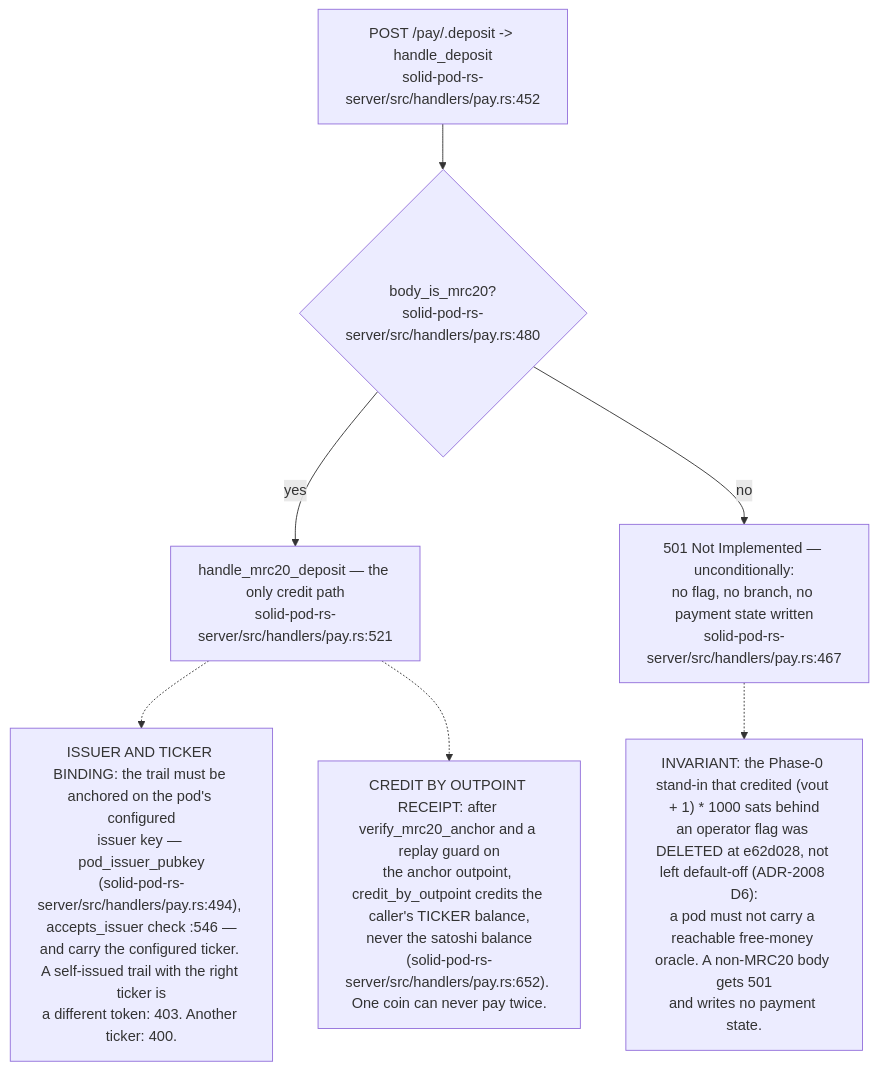
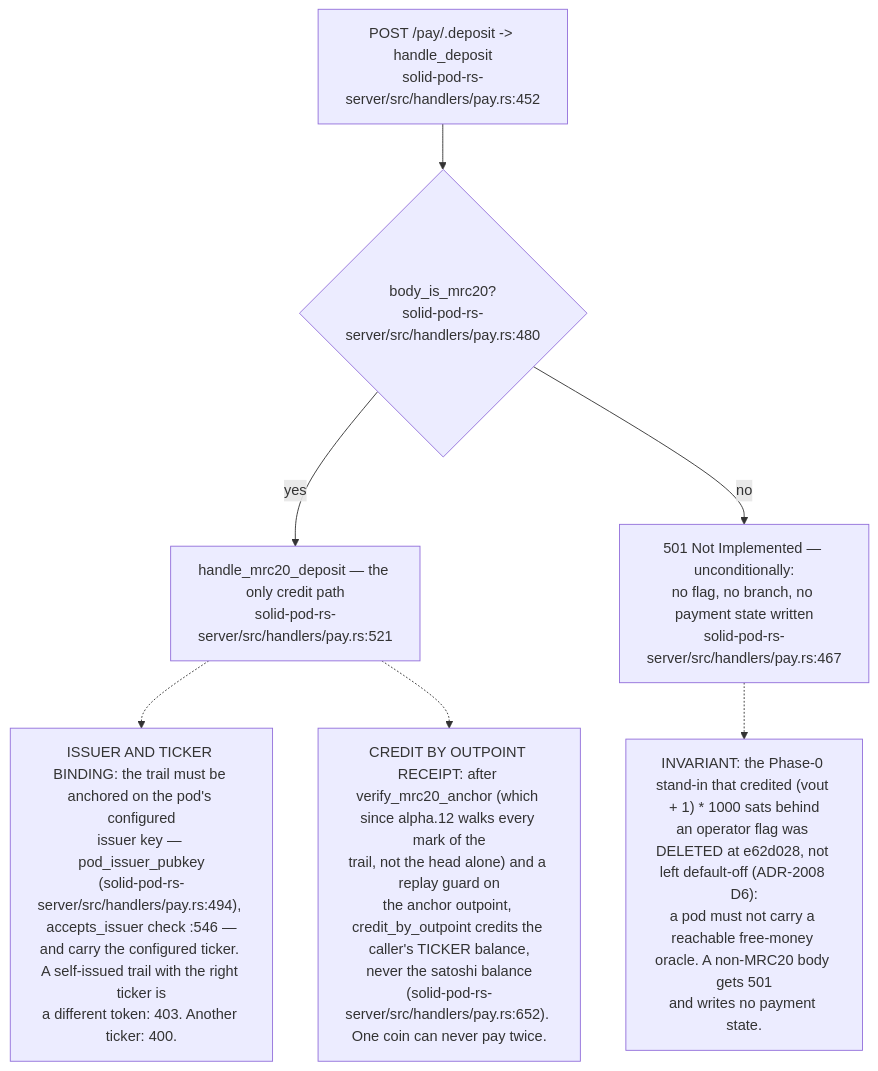
Before and after one commit to DreamLab-AI/VisionFlow: diagram 16 of 19 in docs/diagrams/solid-pod-rs/07-provenance-and-payments.md, drawn with Mermaid. The commit also changed other lines of this file and 26 other files, not shown here.

First line of the commit message:
docs(diagrams): re-verify solid-pod-rs, nostr-rust-forum and visionclaw 22/36 against HEAD

````diff
--- a/docs/diagrams/solid-pod-rs/07-provenance-and-payments.md
+++ b/docs/diagrams/solid-pod-rs/07-provenance-and-payments.md
@@ -479,18 +503,18 @@
 ```mermaid
 flowchart TD
     IN["POST /pay/.deposit -> handle_deposit<br/>solid-pod-rs-server/src/handlers/pay.rs:452"]
     SNIFF{"body_is_mrc20?<br/>solid-pod-rs-server/src/handlers/pay.rs:480"}
     MRC["handle_mrc20_deposit — the only credit path<br/>solid-pod-rs-server/src/handlers/pay.rs:521"]
     R501["501 Not Implemented — unconditionally:<br/>no flag, no branch, no payment state written<br/>solid-pod-rs-server/src/handlers/pay.rs:467"]
 
     IN --> SNIFF
     SNIFF -- yes --> MRC
     SNIFF -- no --> R501
 
     N["INVARIANT: the Phase-0 stand-in that credited (vout + 1) * 1000 sats behind<br/>an operator flag was DELETED at e62d028, not left default-off (ADR-2008 D6):<br/>a pod must not carry a reachable free-money oracle. A non-MRC20 body gets 501<br/>and writes no payment state."]
     R501 -.-> N
     N2["ISSUER AND TICKER BINDING: the trail must be anchored on the pod's configured<br/>issuer key — pod_issuer_pubkey<br/>(solid-pod-rs-server/src/handlers/pay.rs:494), accepts_issuer check :546 —<br/>and carry the configured ticker. A self-issued trail with the right ticker is<br/>a different token: 403. Another ticker: 400."]
     MRC -.-> N2
-    N3["CREDIT BY OUTPOINT RECEIPT: after verify_mrc20_anchor and a replay guard on<br/>the anchor outpoint, credit_by_outpoint credits the caller's TICKER balance,<br/>never the satoshi balance<br/>(solid-pod-rs-server/src/handlers/pay.rs:652). One coin can never pay twice."]
+    N3["CREDIT BY OUTPOINT RECEIPT: after verify_mrc20_anchor (which since alpha.12 walks every mark of the<br/>trail, not the head alone) and a replay guard on<br/>the anchor outpoint, credit_by_outpoint credits the caller's TICKER balance,<br/>never the satoshi balance<br/>(solid-pod-rs-server/src/handlers/pay.rs:652). One coin can never pay twice."]
     MRC -.-> N3
 ```
````
